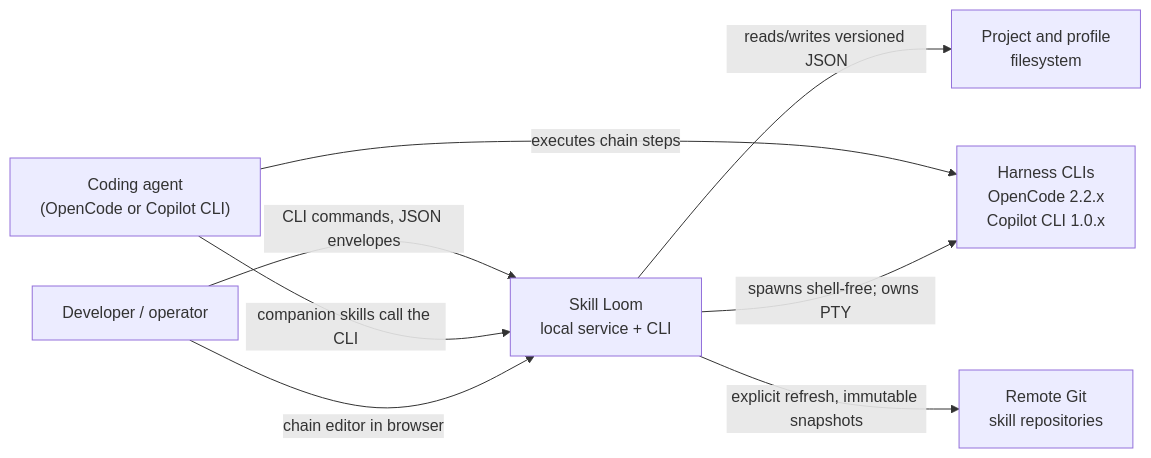
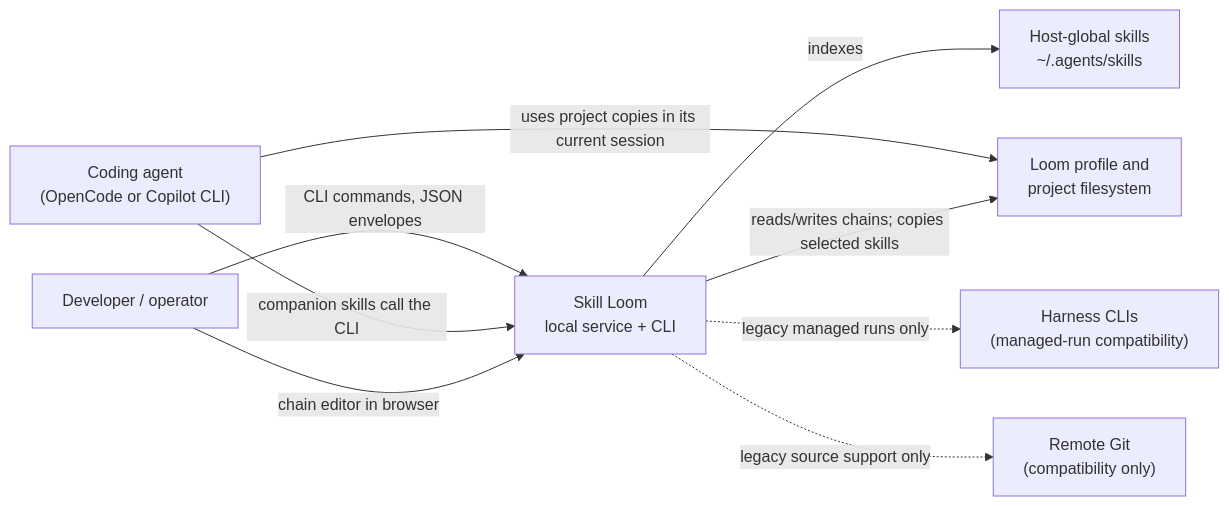
One commit to McFuzzySquirrel/skill-loom changed the first of 9 diagrams in Project_Architecture_Blueprint.md. Above: the diagram before and after it, drawn with Mermaid. The commit also changed other lines of this file, not shown here.

Commit message:
docs: update architecture blueprint for skills pivot

````diff
--- a/Project_Architecture_Blueprint.md
+++ b/Project_Architecture_Blueprint.md
@@ -83,17 +86,19 @@
 ```mermaid
 flowchart LR
   User["Developer / operator"]
   Agent["Coding agent<br/>(OpenCode or Copilot CLI)"]
   Loom["Skill Loom<br/>local service + CLI"]
-  FS["Project and profile<br/>filesystem"]
-  Harness["Harness CLIs<br/>OpenCode 2.2.x<br/>Copilot CLI 1.0.x"]
-  Remote["Remote Git<br/>skill repositories"]
+  Global["Host-global skills<br/>~/.agents/skills"]
+  FS["Loom profile and<br/>project filesystem"]
+  Harness["Harness CLIs<br/>(managed-run compatibility)"]
+  Remote["Remote Git<br/>(compatibility only)"]
 
   User -->|"CLI commands, JSON envelopes"| Loom
   Agent -->|"companion skills call the CLI"| Loom
-  Agent -->|"executes chain steps"| Harness
+  Agent -->|"uses project copies in its current session"| FS
   User -->|"chain editor in browser"| Loom
-  Loom -->|"reads/writes versioned JSON"| FS
-  Loom -->|"spawns shell-free; owns PTY"| Harness
-  Loom -->|"explicit refresh, immutable snapshots"| Remote
+  Loom -->|"indexes"| Global
+  Loom -->|"reads/writes chains; copies selected skills"| FS
+  Loom -.->|"legacy managed runs only"| Harness
+  Loom -.->|"legacy source support only"| Remote
 ```
````
